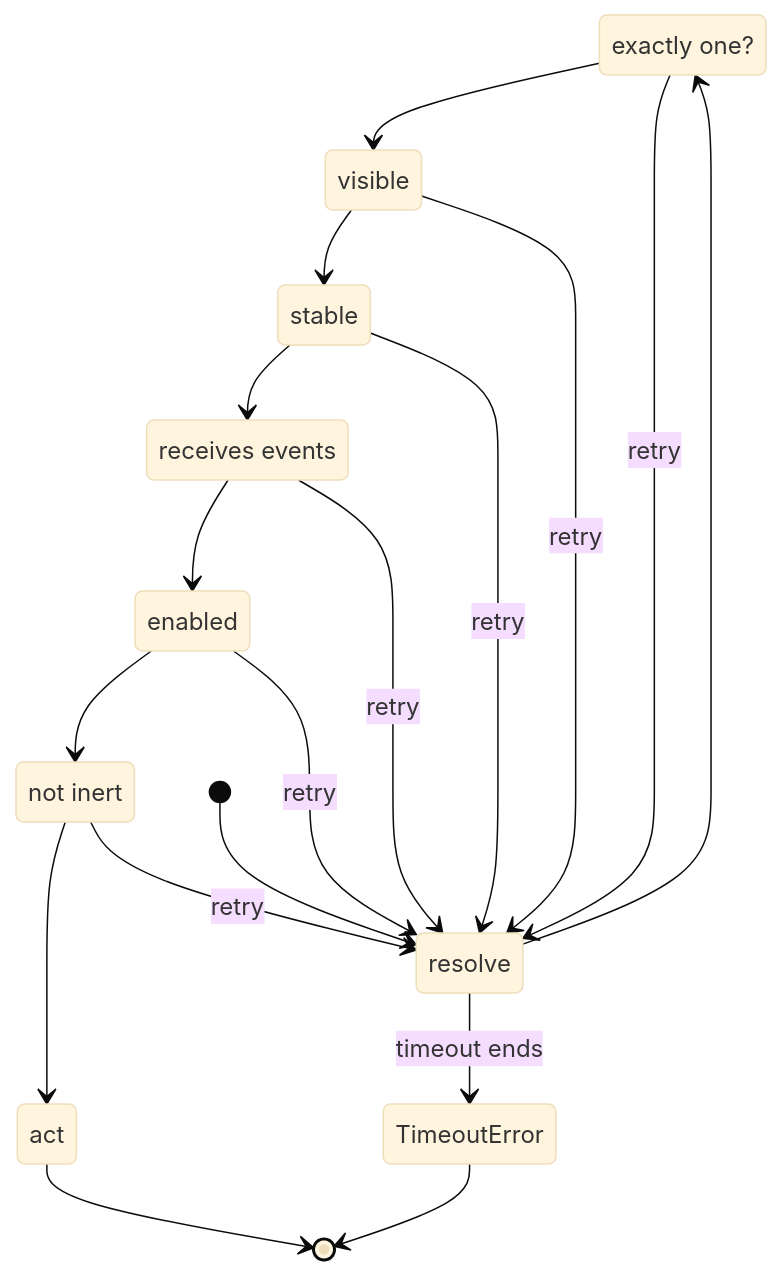
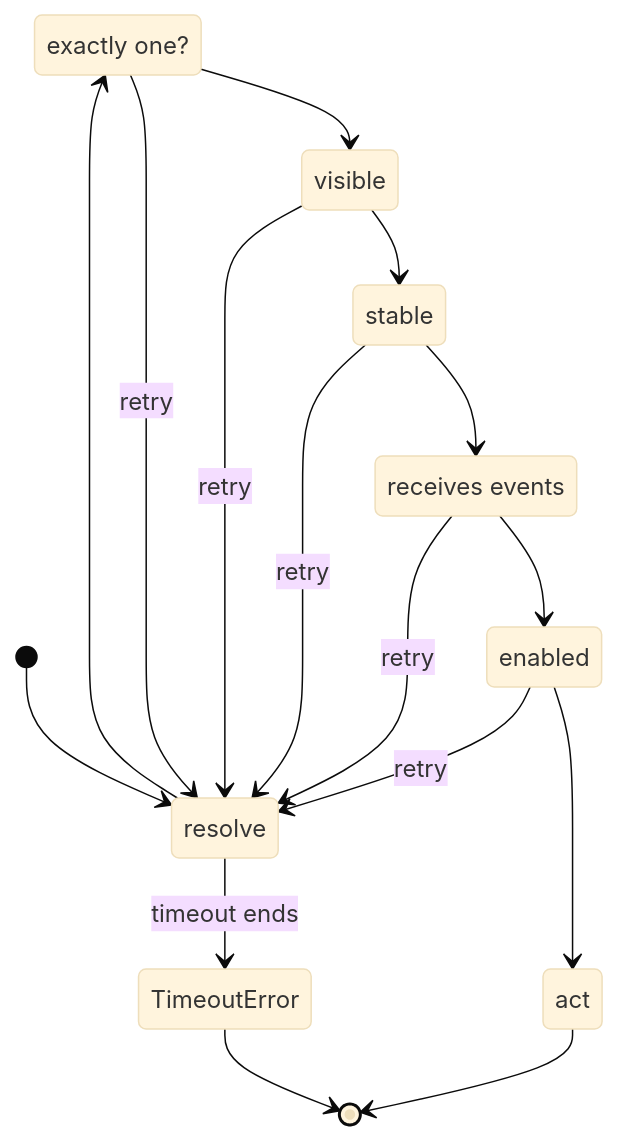
The third of 9 diagrams in angular-fullstack-guide/modules/30-e2e-and-testing-strategy.md (JQuintero2430/interview-preparation), drawn with Mermaid (base theme) before and after one commit. The commit also changed other lines of this file and 230 other files, not shown here.

````diff
--- a/angular-fullstack-guide/modules/30-e2e-and-testing-strategy.md
+++ b/angular-fullstack-guide/modules/30-e2e-and-testing-strategy.md
@@ -246,23 +246,20 @@
 ```mermaid
 stateDiagram-v2
   state "exactly one?" as one
   state "receives events" as events
-  state "not inert" as inert
   [*] --> resolve
   resolve --> one
   one --> visible
   visible --> stable
   stable --> events
   events --> enabled
-  enabled --> inert
-  inert --> act
+  enabled --> act
   act --> [*]
   one --> resolve: retry
   visible --> resolve: retry
   stable --> resolve: retry
   events --> resolve: retry
   enabled --> resolve: retry
-  inert --> resolve: retry
   resolve --> TimeoutError: timeout ends
   TimeoutError --> [*]
 ```
````
